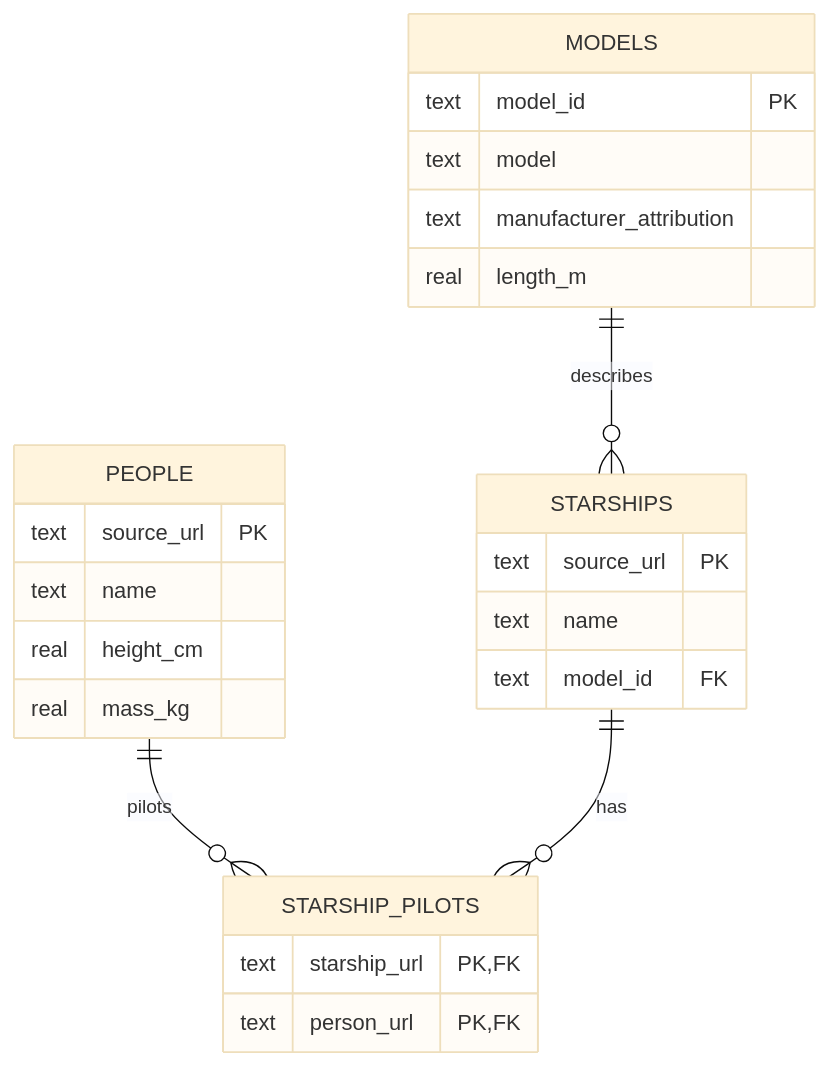
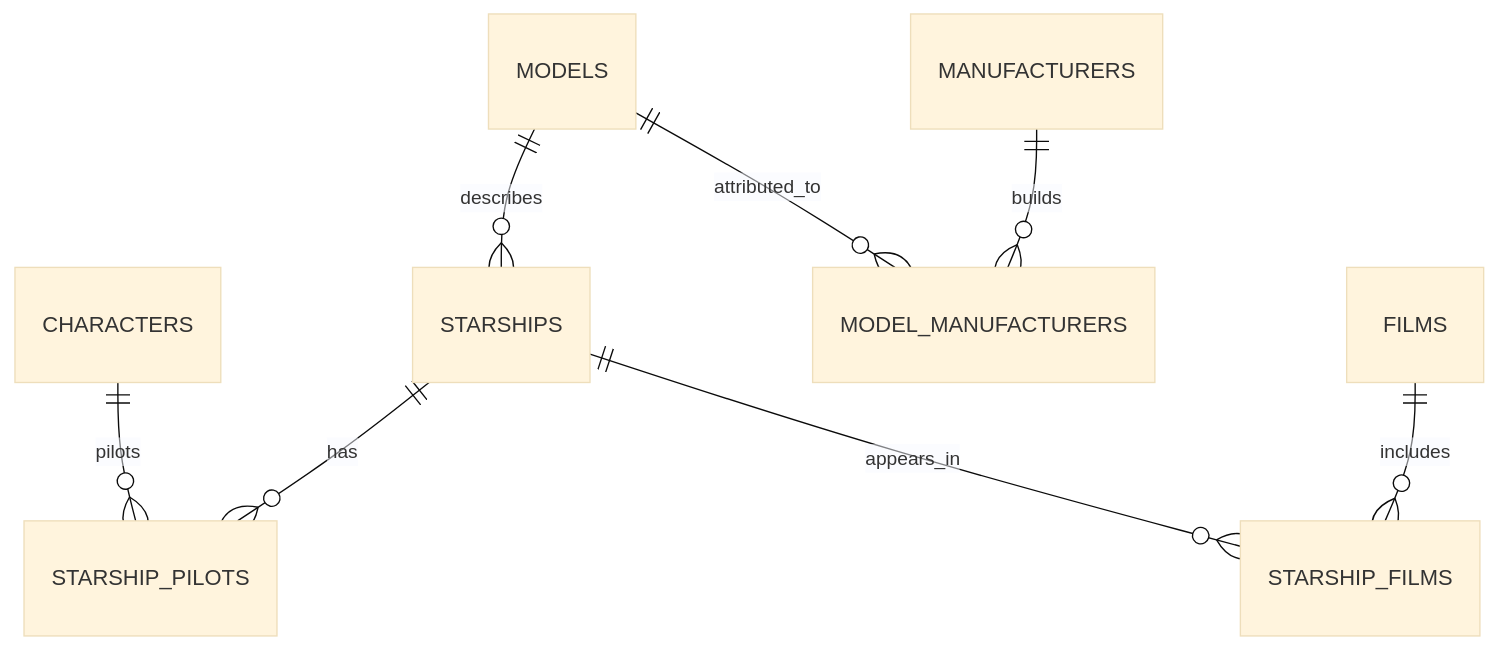
Before and after one commit to miqyd0104/starship-data-pipeline: the second of 2 diagrams in docs/architecture.md, drawn with Mermaid (base theme). The commit also changed other lines of this file and 53 other files, not shown here.

````diff
--- a/docs/architecture.md
+++ b/docs/architecture.md
@@ -25,27 +37,10 @@
 ```mermaid
 erDiagram
-    PEOPLE ||--o{ STARSHIP_PILOTS : pilots
+    CHARACTERS ||--o{ STARSHIP_PILOTS : pilots
     STARSHIPS ||--o{ STARSHIP_PILOTS : has
     MODELS ||--o{ STARSHIPS : describes
-    PEOPLE {
-        text source_url PK
-        text name
-        real height_cm
-        real mass_kg
-    }
-    MODELS {
-        text model_id PK
-        text model
-        text manufacturer_attribution
-        real length_m
-    }
-    STARSHIPS {
-        text source_url PK
-        text name
-        text model_id FK
-    }
-    STARSHIP_PILOTS {
-        text starship_url PK,FK
-        text person_url PK,FK
-    }
+    MODELS ||--o{ MODEL_MANUFACTURERS : attributed_to
+    MANUFACTURERS ||--o{ MODEL_MANUFACTURERS : builds
+    STARSHIPS ||--o{ STARSHIP_FILMS : appears_in
+    FILMS ||--o{ STARSHIP_FILMS : includes
 ```
````
